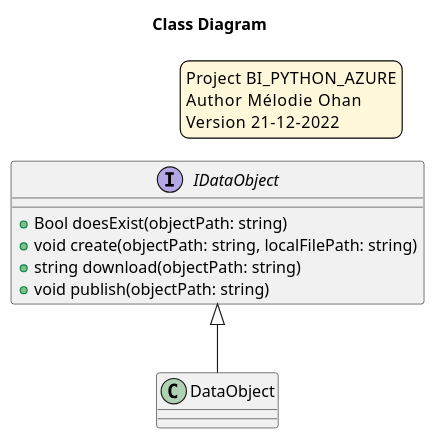
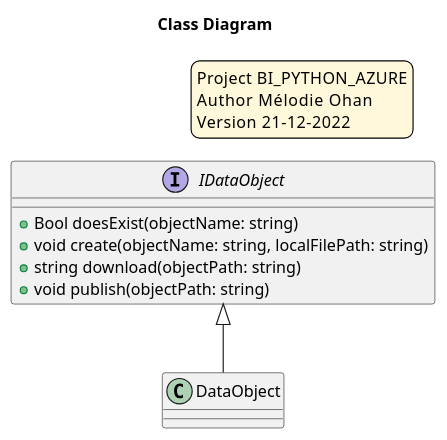
The diagram in doc/class_diagram.puml (CPNV-ES-BI/BI_PYTHON_AZURE), drawn with PlantUML before and after one commit. The commit also changed 1 other file, not shown here.

Commit message:
Update class diagram with recent changes

```diff
--- a/doc/class_diagram.puml
+++ b/doc/class_diagram.puml
@@ -1,24 +1,22 @@
 @startuml
-
 skinparam legendBackgroundColor #fff8db
 
 legend top right
     Project   BI_PYTHON_AZURE
     Author    Mélodie Ohan
     Version   21-12-2022
 endlegend
 
 title Class Diagram
 
 Interface IDataObject {
-  + Bool doesExist(objectPath: string)
-  + void create(objectPath: string, localFilePath: string)
+  + Bool doesExist(objectName: string)
+  + void create(objectName: string, localFilePath: string)
   + string download(objectPath: string)
   + void publish(objectPath: string)
 }
 
 Class DataObject
 
 IDataObject <|-- DataObject
-
 @enduml
```
